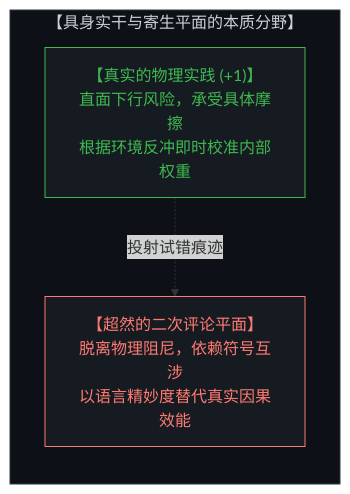
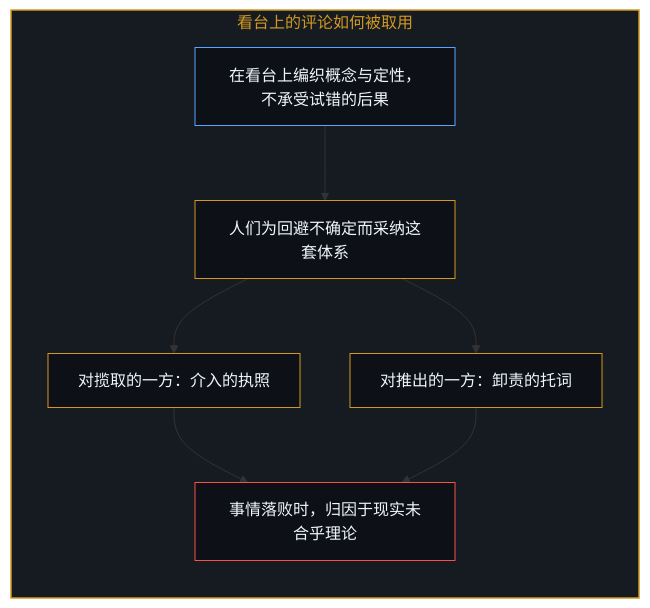
One commit to powerpig99/not-a-toe changed the seventh of 12 diagrams in content/posts/the-mirror-handshake-of-power.md. Above: the diagram before and after it, drawn with Mermaid. The commit also changed other lines of this file and 3 other files, not shown here.

Commit message:
Refine the-mirror-handshake-of-power: alternating bilingual layout, English diagram twins, first-person framing

````diff
--- a/content/posts/the-mirror-handshake-of-power.md
+++ b/content/posts/the-mirror-handshake-of-power.md
@@ -209,12 +189,23 @@
 ```mermaid
-graph TD
-    subgraph GroundedVsParasitic["【具身实干与寄生平面的本质分野】"]
+flowchart TD
+    subgraph S_Stand["看台上的评论如何被取用"]
         direction TB
-        GroundedAction["【真实的物理实践 (+1)】<br>直面下行风险，承受具体摩擦<br>根据环境反冲即时校准内部权重"]
-        ParasiticCommentary["【超然的二次评论平面】<br>脱离物理阻尼，依赖符号互涉<br>以语言精妙度替代真实因果效能"]
-        GroundedAction -.->|投射试错痕迹| ParasiticCommentary
+        Comment["在看台上编织概念与定性，不承受试错的后果"]
+        Adopt["人们为回避不确定而采纳这套体系"]
+        License["对揽取的一方：介入的执照"]
+        Alibi["对推出的一方：卸责的托词"]
+        Exempt["事情落败时，归因于现实未合乎理论"]
+        Comment --> Adopt
+        Adopt --> License
+        Adopt --> Alibi
+        License --> Exempt
+        Alibi --> Exempt
     end
-    style GroundedVsParasitic fill:#0d1117,stroke:#30363d,stroke-width:1px,color:#c9d1d9
-    style GroundedAction fill:#161b22,stroke:#3fb950,stroke-width:1px,color:#3fb950
-    style ParasiticCommentary fill:#161b22,stroke:#ff7b72,stroke-width:1px,color:#ff7b72
+
+    style S_Stand fill:#161b22,stroke:#d29922,stroke-width:1.5px,color:#d29922
+    style Comment fill:#0d1117,stroke:#58a6ff,stroke-width:1px,color:#f0f6fc
+    style Adopt fill:#0d1117,stroke:#d29922,stroke-width:1px,color:#f0f6fc
+    style License fill:#0d1117,stroke:#d29922,stroke-width:1px,color:#f0f6fc
+    style Alibi fill:#0d1117,stroke:#d29922,stroke-width:1px,color:#f0f6fc
+    style Exempt fill:#0d1117,stroke:#f85149,stroke-width:1px,color:#f0f6fc
 ```
````
